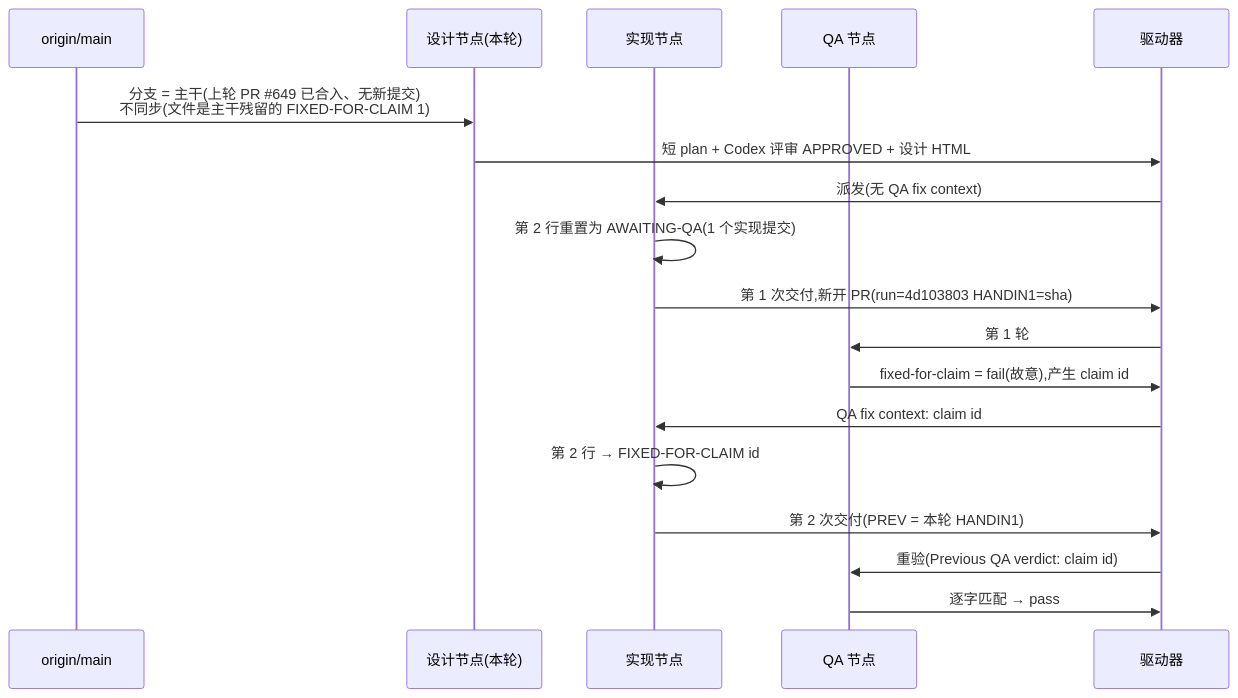
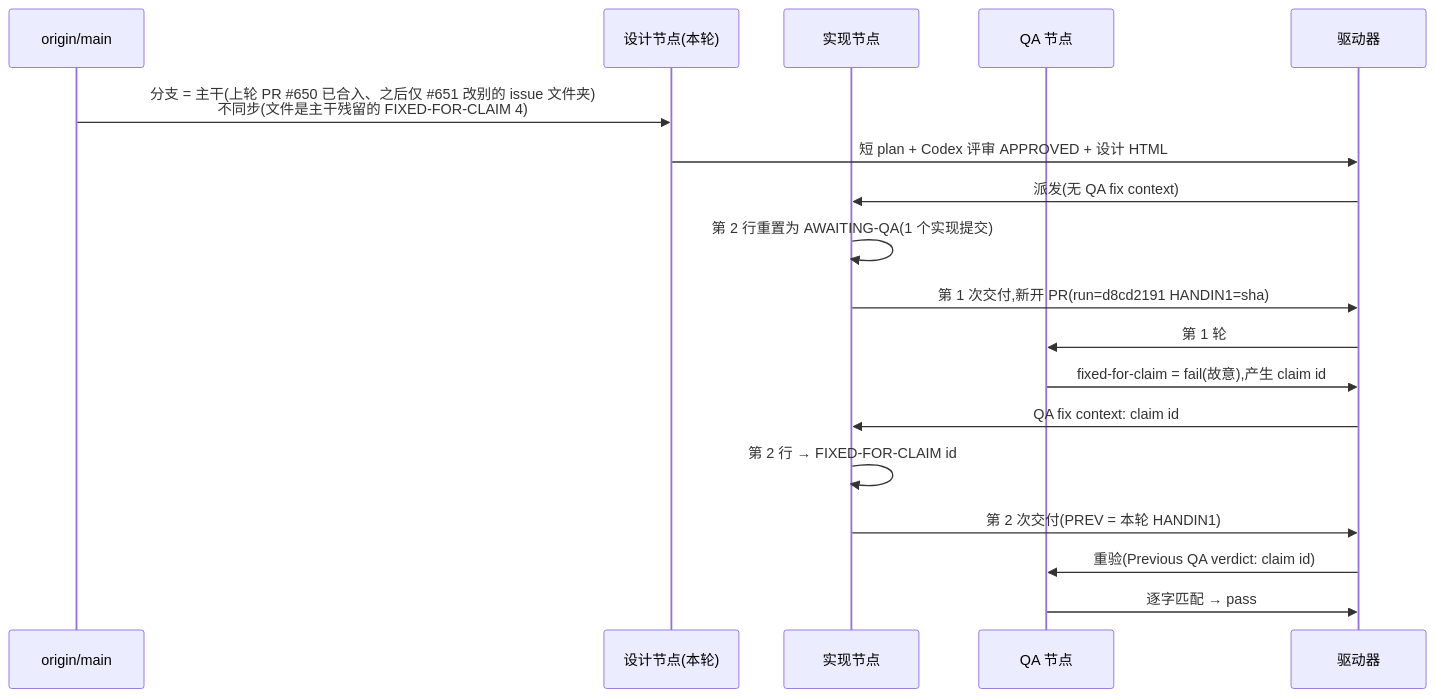
One commit to xrliAnnie/flywheel-qa-sandbox changed the diagram in engineering/doc/FLY-3150-real-runner-drill/d1-core-flow.mmd. Above: the diagram before and after it, drawn with Mermaid. The commit also changed 5 other files, not shown here.

```diff
--- a/engineering/doc/FLY-3150-real-runner-drill/d1-core-flow.mmd
+++ b/engineering/doc/FLY-3150-real-runner-drill/d1-core-flow.mmd
@@ -1,18 +1,18 @@
 sequenceDiagram
     participant M as origin/main
     participant S as 设计节点(本轮)
     participant I as 实现节点
     participant Q as QA 节点
     participant D as 驱动器
-    M->>S: 分支 = 主干(上轮 PR #35;649 已合入、无新提交)<br/>不同步(文件是主干残留的 FIXED-FOR-CLAIM 1)
+    M->>S: 分支 = 主干(上轮 PR #35;650 已合入、之后仅 #35;651 改别的 issue 文件夹)<br/>不同步(文件是主干残留的 FIXED-FOR-CLAIM 4)
     S->>D: 短 plan + Codex 评审 APPROVED + 设计 HTML
     D->>I: 派发(无 QA fix context)
     I->>I: 第 2 行重置为 AWAITING-QA(1 个实现提交)
-    I->>D: 第 1 次交付,新开 PR(run=4d103803 HANDIN1=sha)
+    I->>D: 第 1 次交付,新开 PR(run=d8cd2191 HANDIN1=sha)
     D->>Q: 第 1 轮
     Q->>D: fixed-for-claim = fail(故意),产生 claim id
     D->>I: QA fix context: claim id
     I->>I: 第 2 行 → FIXED-FOR-CLAIM id
     I->>D: 第 2 次交付(PREV = 本轮 HANDIN1)
     D->>Q: 重验(Previous QA verdict: claim id)
     Q->>D: 逐字匹配 → pass
```
